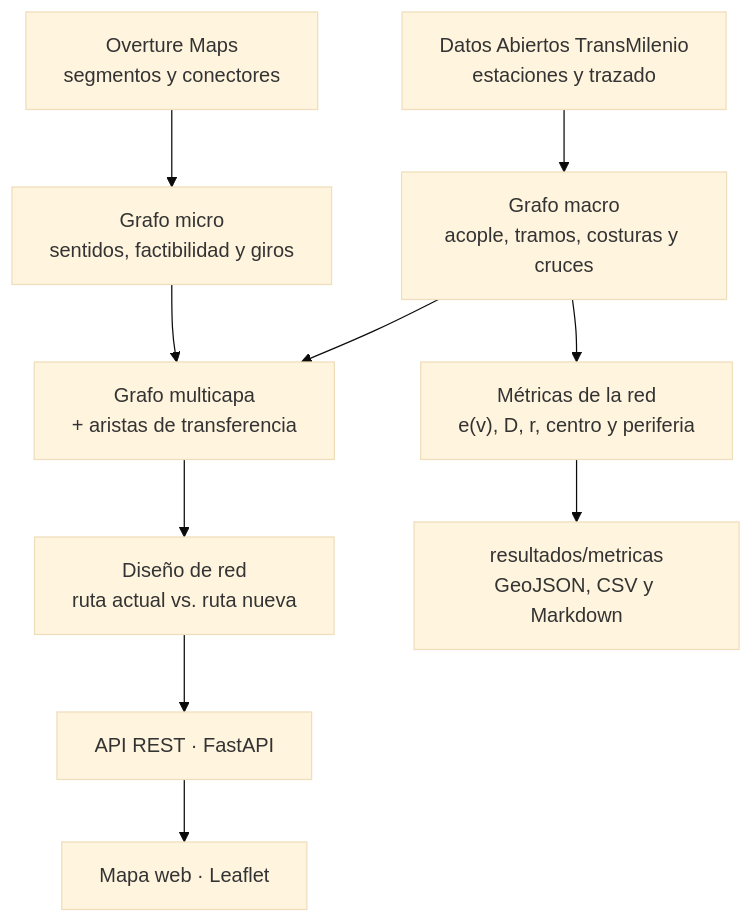
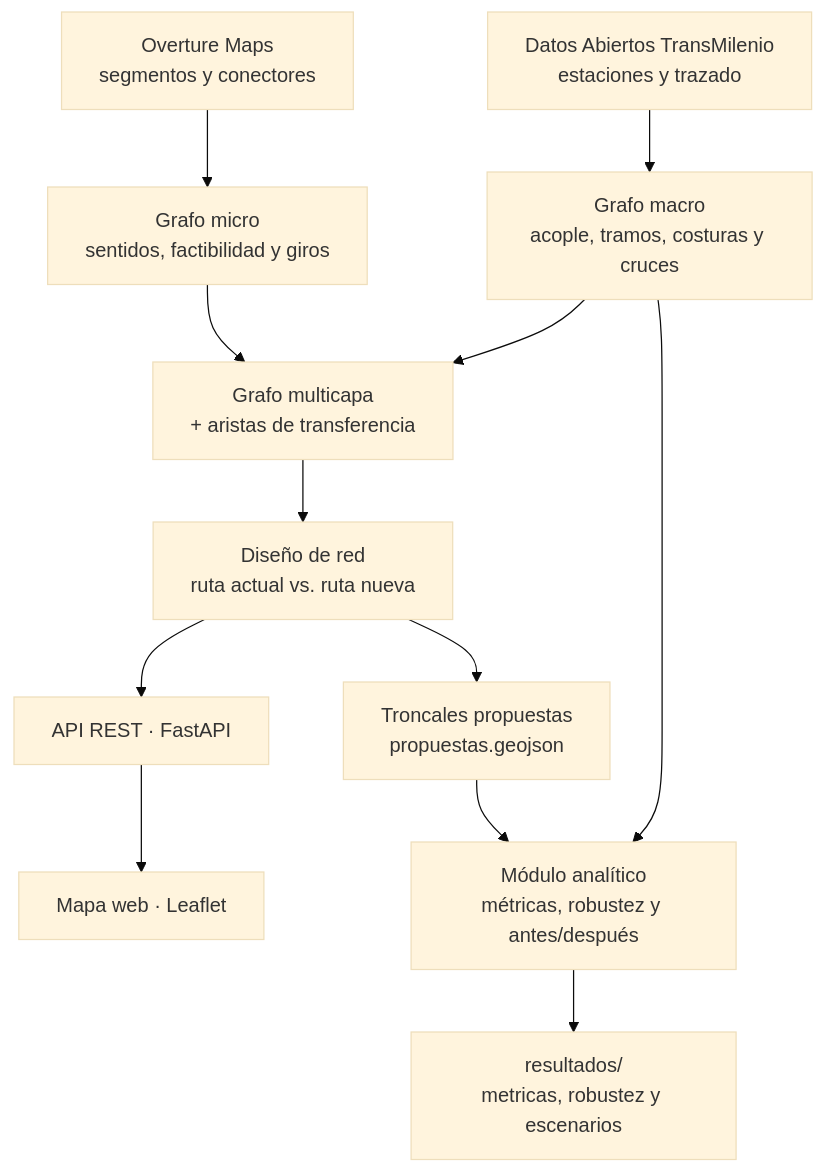
Before and after one commit to crmorenogo/IntegraBog: the diagram in README.md, drawn with Mermaid (base theme). The commit also changed other lines of this file and 43 other files, not shown here.

````diff
--- a/README.md
+++ b/README.md
@@ -55,12 +58,14 @@
 ```mermaid
 flowchart TB
     TM["Datos Abiertos TransMilenio<br/>estaciones y trazado"] --> MACRO["Grafo macro<br/>acople, tramos, costuras y cruces"]
     OV["Overture Maps<br/>segmentos y conectores"] --> MICRO["Grafo micro<br/>sentidos, factibilidad y giros"]
     MACRO --> MULTI["Grafo multicapa<br/>+ aristas de transferencia"]
     MICRO --> MULTI
-    MACRO --> MET["Métricas de la red<br/>e(v), D, r, centro y periferia"]
     MULTI --> DIS["Diseño de red<br/>ruta actual vs. ruta nueva"]
     DIS --> API["API REST · FastAPI"]
     API --> WEB["Mapa web · Leaflet"]
-    MET --> RES["resultados/metricas<br/>GeoJSON, CSV y Markdown"]
+    DIS --> PROP["Troncales propuestas<br/>propuestas.geojson"]
+    MACRO --> AN["Módulo analítico<br/>métricas, robustez y antes/después"]
+    PROP --> AN
+    AN --> RES["resultados/<br/>metricas, robustez y escenarios"]
 ```
````
